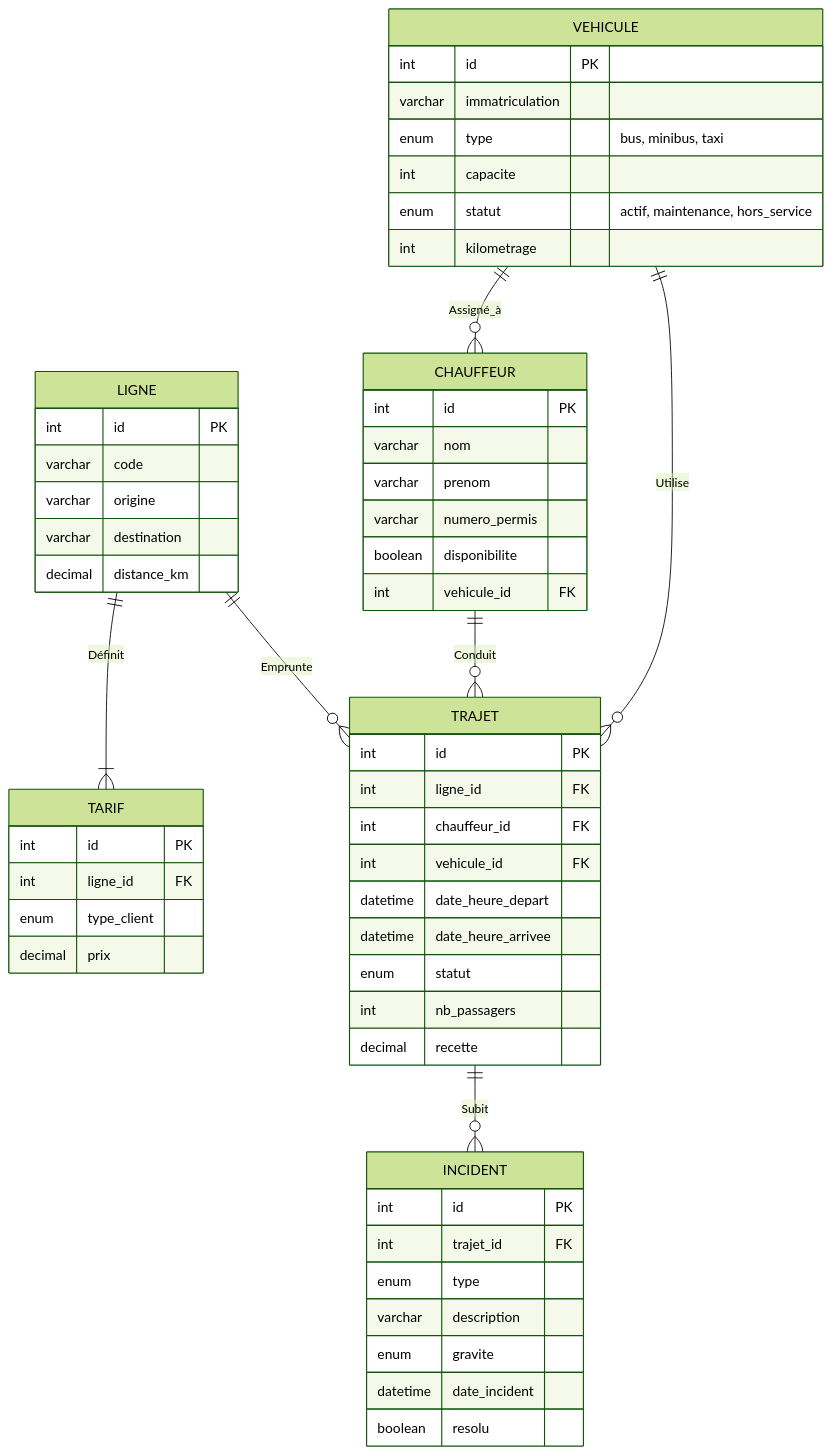
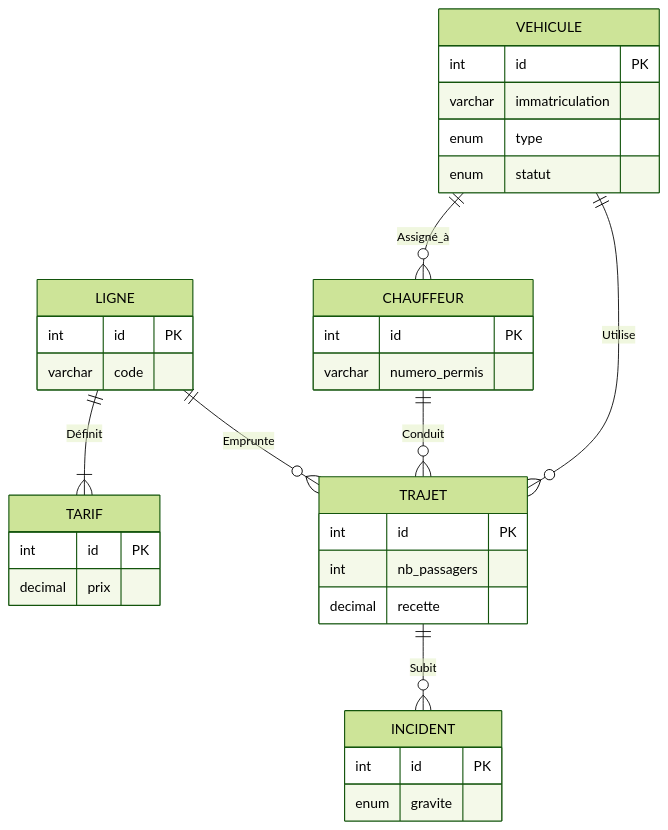
Before and after one commit to loum4real/TranspoBot---Gestion-de-Transport-Urbain-avec-IA---ESP-UCAD-Licence-3: the diagram in Rapport_GLSi.md, drawn with Mermaid (forest theme). The commit also changed other lines of this file and 5 other files, not shown here.

````diff
--- a/Rapport_GLSi.md
+++ b/Rapport_GLSi.md
@@ -33,64 +89,37 @@
 ```mermaid
 erDiagram
-    VEHICULE {
-        int id PK
-        varchar immatriculation
-        enum type "bus, minibus, taxi"
-        int capacite
-        enum statut "actif, maintenance, hors_service"
-        int kilometrage
-    }
-    
-    CHAUFFEUR {
-        int id PK
-        varchar nom
-        varchar prenom
-        varchar numero_permis
-        boolean disponibilite
-        int vehicule_id FK
-    }
-
-    LIGNE {
-        int id PK
-        varchar code
-        varchar origine
-        varchar destination
-        decimal distance_km
-    }
-    
-    TARIF {
-        int id PK
-        int ligne_id FK
-        enum type_client
-        decimal prix
-    }
-
-    TRAJET {
-        int id PK
-        int ligne_id FK
-        int chauffeur_id FK
-        int vehicule_id FK
-        datetime date_heure_depart
-        datetime date_heure_arrivee
-        enum statut
-        int nb_passagers
-        decimal recette
-    }
-
-    INCIDENT {
-        int id PK
-        int trajet_id FK
-        enum type
-        varchar description
-        enum gravite
-        datetime date_incident
-        boolean resolu
-    }
-
     VEHICULE ||--o{ CHAUFFEUR : "Assigné_à"
     LIGNE ||--|{ TARIF : "Définit"
     LIGNE ||--o{ TRAJET : "Emprunte"
     CHAUFFEUR ||--o{ TRAJET : "Conduit"
     VEHICULE ||--o{ TRAJET : "Utilise"
     TRAJET ||--o{ INCIDENT : "Subit"
+    
+    VEHICULE {
+        int id PK
+        varchar immatriculation
+        enum type
+        enum statut
+    }
+    CHAUFFEUR {
+        int id PK
+        varchar numero_permis
+    }
+    LIGNE {
+        int id PK
+        varchar code
+    }
+    TARIF {
+        int id PK
+        decimal prix
+    }
+    TRAJET {
+        int id PK
+        int nb_passagers
+        decimal recette
+    }
+    INCIDENT {
+        int id PK
+        enum gravite
+    }
 ```
````
